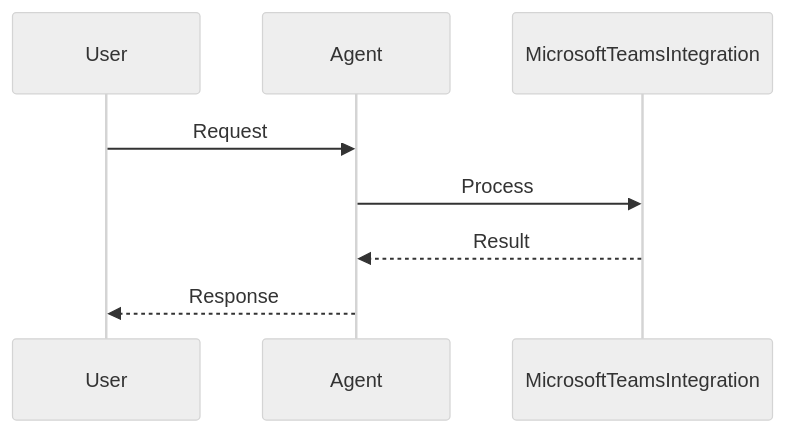
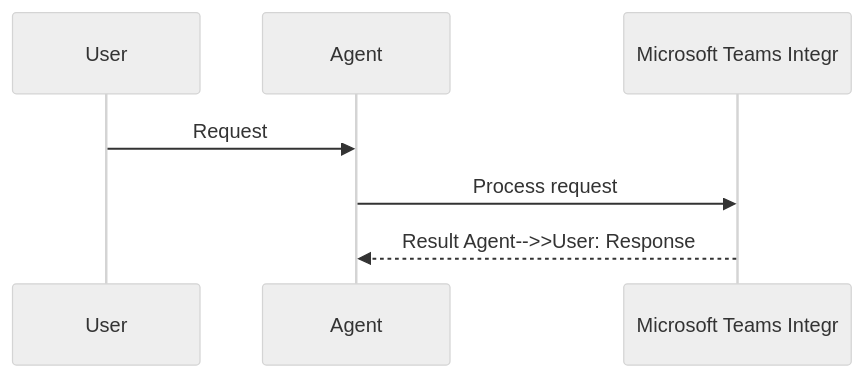
Before and after one commit to MervinPraison/PraisonAIDocs: the second of 3 diagrams in docs/features/rfc-microsoft-teams-integration.mdx, drawn with Mermaid (neutral theme). The commit also changed 204 other files, not shown here.

First line of the commit message:
docs: align feature/tool pages with AGENTS.md hero + sequence + import standards (fixes #1775)

````diff
--- a/docs/features/rfc-microsoft-teams-integration.mdx
+++ b/docs/features/rfc-microsoft-teams-integration.mdx
@@ -49,11 +49,10 @@
 ```mermaid
 sequenceDiagram
     participant User
     participant Agent
-    participant MicrosoftTeamsIntegration
+    participant Feature as Microsoft Teams Integr
 
     User->>Agent: Request
-    Agent->>MicrosoftTeamsIntegration: Process
-    MicrosoftTeamsIntegration-->>Agent: Result
-    Agent-->>User: Response
+    Agent->>Feature: Process request
+    Feature-->>Agent: Result    Agent-->>User: Response
 ```
````
